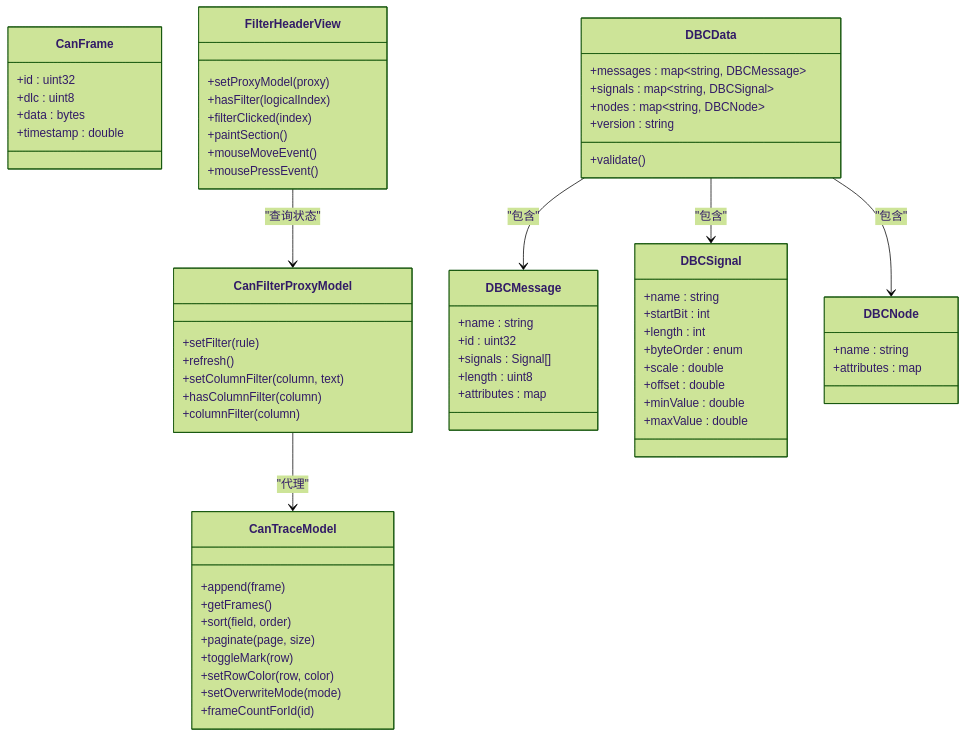
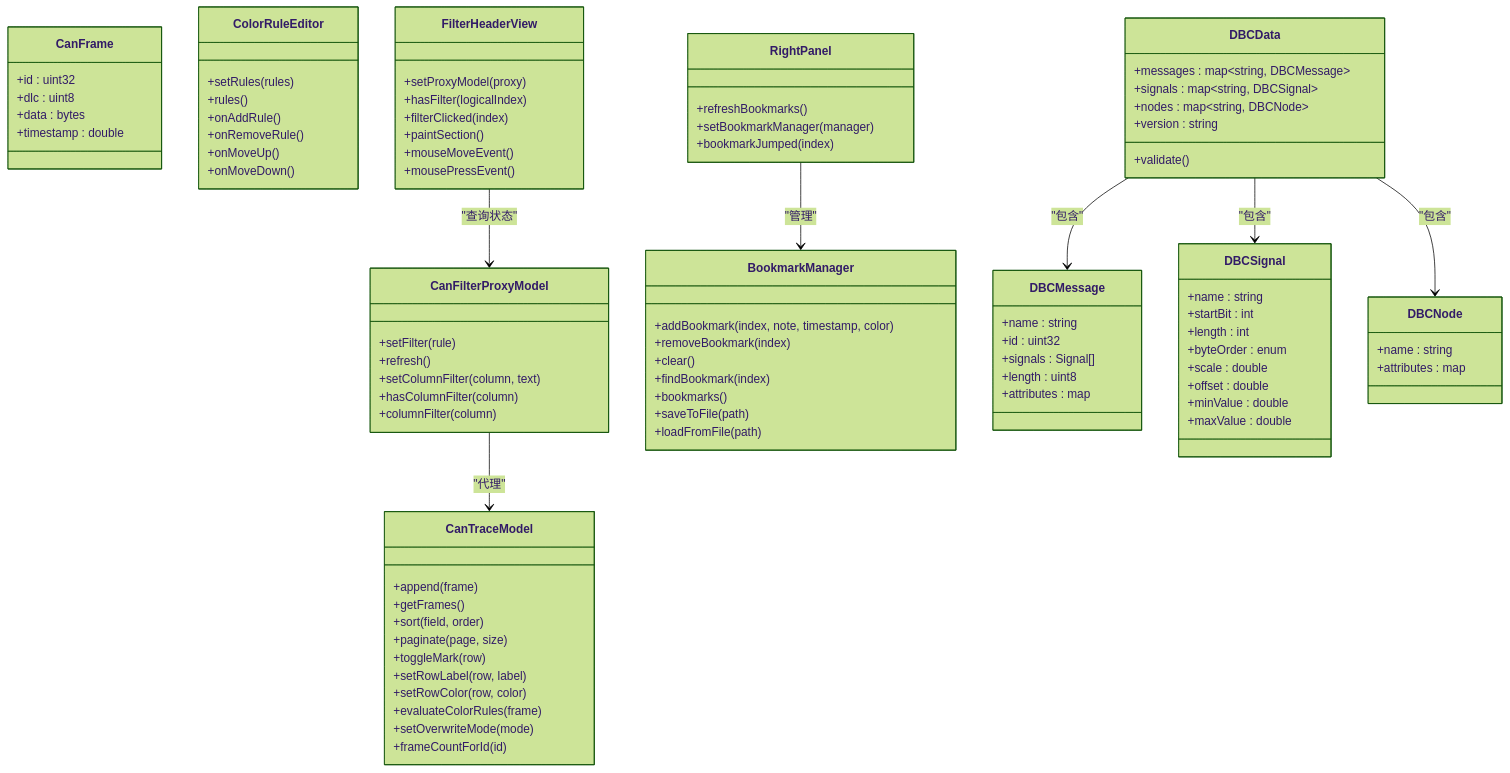
The third of 10 diagrams in .qoder/repowiki/zh/content/项目概述/CAN总线分析工具.md (jakecai1225-design/OpenBus), drawn with Mermaid (forest theme) before and after one commit. The commit also changed other lines of this file and 18 other files, not shown here.

```diff
--- a/.qoder/repowiki/zh/content/项目概述/CAN总线分析工具.md
+++ b/.qoder/repowiki/zh/content/项目概述/CAN总线分析工具.md
@@ -454,7 +561,9 @@
 +sort(field, order)
 +paginate(page, size)
 +toggleMark(row)
++setRowLabel(row, label)
 +setRowColor(row, color)
++evaluateColorRules(frame)
 +setOverwriteMode(mode)
 +frameCountForId(id)
 }
@@ -464,6 +573,28 @@
 +setColumnFilter(column, text)
 +hasColumnFilter(column)
 +columnFilter(column)
+}
+class BookmarkManager {
++addBookmark(index, note, timestamp, color)
++removeBookmark(index)
++clear()
++findBookmark(index)
++bookmarks()
++saveToFile(path)
++loadFromFile(path)
+}
+class ColorRuleEditor {
++setRules(rules)
++rules()
++onAddRule()
++onRemoveRule()
++onMoveUp()
++onMoveDown()
+}
+class RightPanel {
++refreshBookmarks()
++setBookmarkManager(manager)
++bookmarkJumped(index)
 }
 class FilterHeaderView {
 +setProxyModel(proxy)
@@ -502,6 +633,7 @@
 +validate()
 }
 CanFilterProxyModel --> CanTraceModel : "代理"
+RightPanel --> BookmarkManager : "管理"
 FilterHeaderView --> CanFilterProxyModel : "查询状态"
 DBCData --> DBCMessage : "包含"
 DBCData --> DBCSignal : "包含"
```
